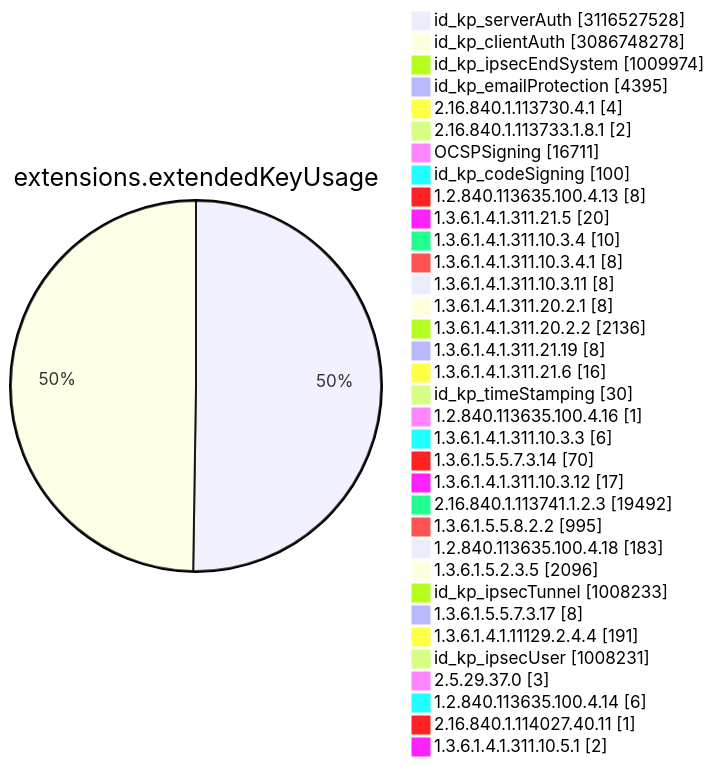
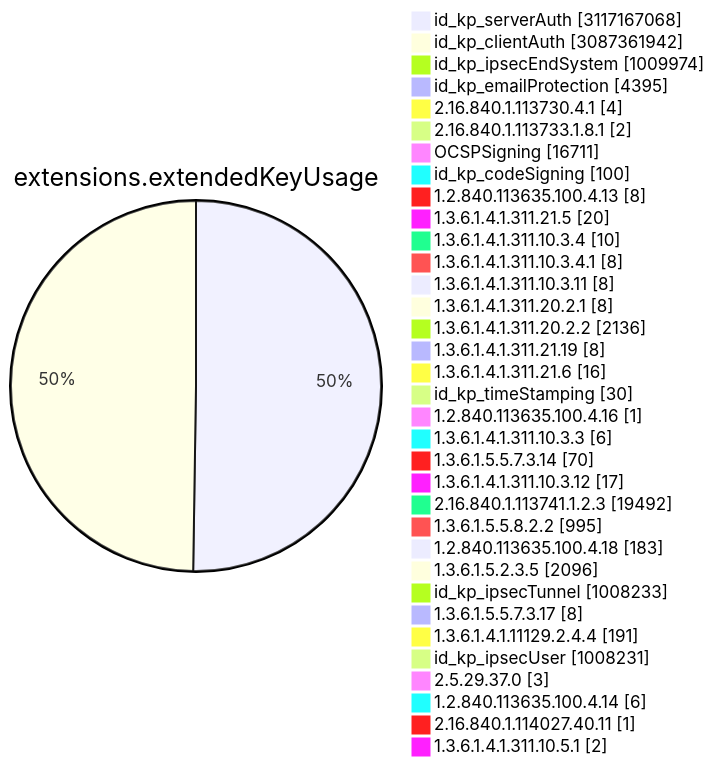
One commit to christiankrug/ctmonitor_visualization changed diagram 11 of 15 in TOTAL/README.md. Above: the diagram before and after it, drawn with Mermaid. The commit also changed other lines of this file, not shown here.

````diff
--- a/TOTAL/README.md
+++ b/TOTAL/README.md
@@ -4119,38 +4119,38 @@
 ```mermaid
 pie showData
 title extensions.extendedKeyUsage
-"id_kp_serverAuth" :3116527528
-"id_kp_clientAuth" :3086748278
+"id_kp_serverAuth" :3117167068
+"id_kp_clientAuth" :3087361942
 "id_kp_ipsecEndSystem" :1009974
 "id_kp_emailProtection" :4395
 "2.16.840.1.113730.4.1" :4
 "2.16.840.1.113733.1.8.1" :2
 "OCSPSigning" :16711
 "id_kp_codeSigning" :100
 "1.2.840.113635.100.4.13" :8
 "1.3.6.1.4.1.311.21.5" :20
 "1.3.6.1.4.1.311.10.3.4" :10
 "1.3.6.1.4.1.311.10.3.4.1" :8
 "1.3.6.1.4.1.311.10.3.11" :8
 "1.3.6.1.4.1.311.20.2.1" :8
 "1.3.6.1.4.1.311.20.2.2" :2136
 "1.3.6.1.4.1.311.21.19" :8
 "1.3.6.1.4.1.311.21.6" :16
 "id_kp_timeStamping" :30
 "1.2.840.113635.100.4.16" :1
 "1.3.6.1.4.1.311.10.3.3" :6
 "1.3.6.1.5.5.7.3.14" :70
 "1.3.6.1.4.1.311.10.3.12" :17
 "2.16.840.1.113741.1.2.3" :19492
 "1.3.6.1.5.5.8.2.2" :995
 "1.2.840.113635.100.4.18" :183
 "1.3.6.1.5.2.3.5" :2096
 "id_kp_ipsecTunnel" :1008233
 "1.3.6.1.5.5.7.3.17" :8
 "1.3.6.1.4.1.11129.2.4.4" :191
 "id_kp_ipsecUser" :1008231
 "2.5.29.37.0" :3
 "1.2.840.113635.100.4.14" :6
 "2.16.840.1.114027.40.11" :1
 "1.3.6.1.4.1.311.10.5.1" :2
 ```
````
